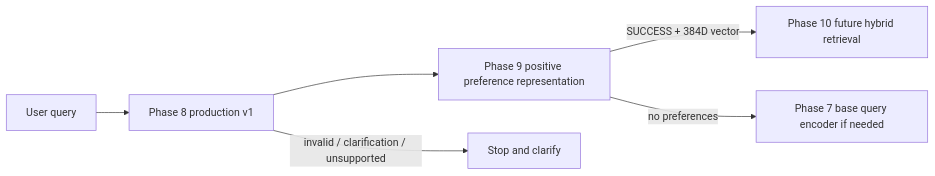
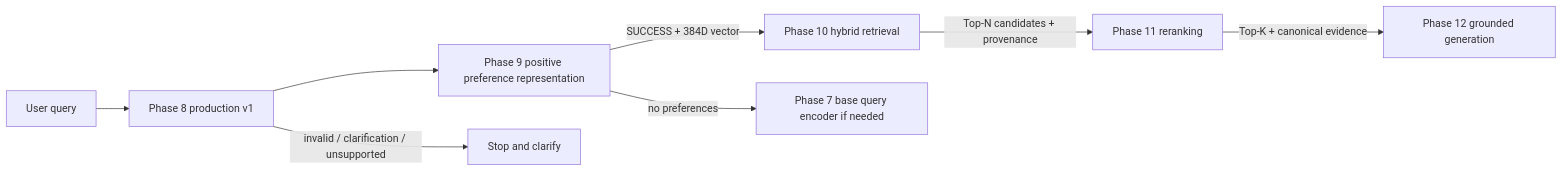
The diagram in docs/development_status.md (HungVi2907/ShopAssist), drawn with Mermaid before and after one commit. The commit also changed other lines of this file and 37 other files, not shown here.

First line of the commit message:
Add comprehensive tests for Phase 10 hybrid retrieval and integration with Phase 11

````diff
--- a/docs/development_status.md
+++ b/docs/development_status.md
@@ -32,8 +33,10 @@
 ```mermaid
 flowchart LR
   Q[User query] --> P8[Phase 8 production v1]
   P8 --> P9[Phase 9 positive preference representation]
-  P9 -->|SUCCESS + 384D vector| P10[Phase 10 future hybrid retrieval]
+  P9 -->|SUCCESS + 384D vector| P10[Phase 10 hybrid retrieval]
+  P10 -->|Top-N candidates + provenance| P11[Phase 11 reranking]
+  P11 -->|Top-K + canonical evidence| P12[Phase 12 grounded generation]
   P8 -->|invalid / clarification / unsupported| Stop[Stop and clarify]
   P9 -->|no preferences| Base[Phase 7 base query encoder if needed]
 ```
````
